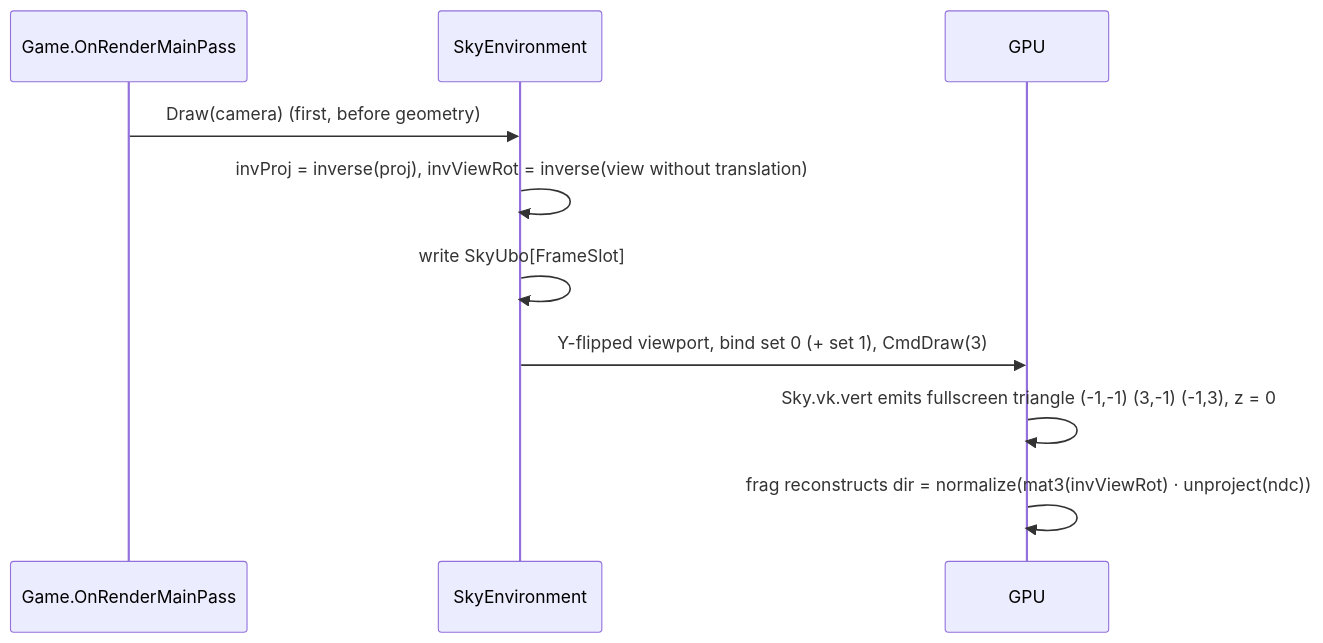
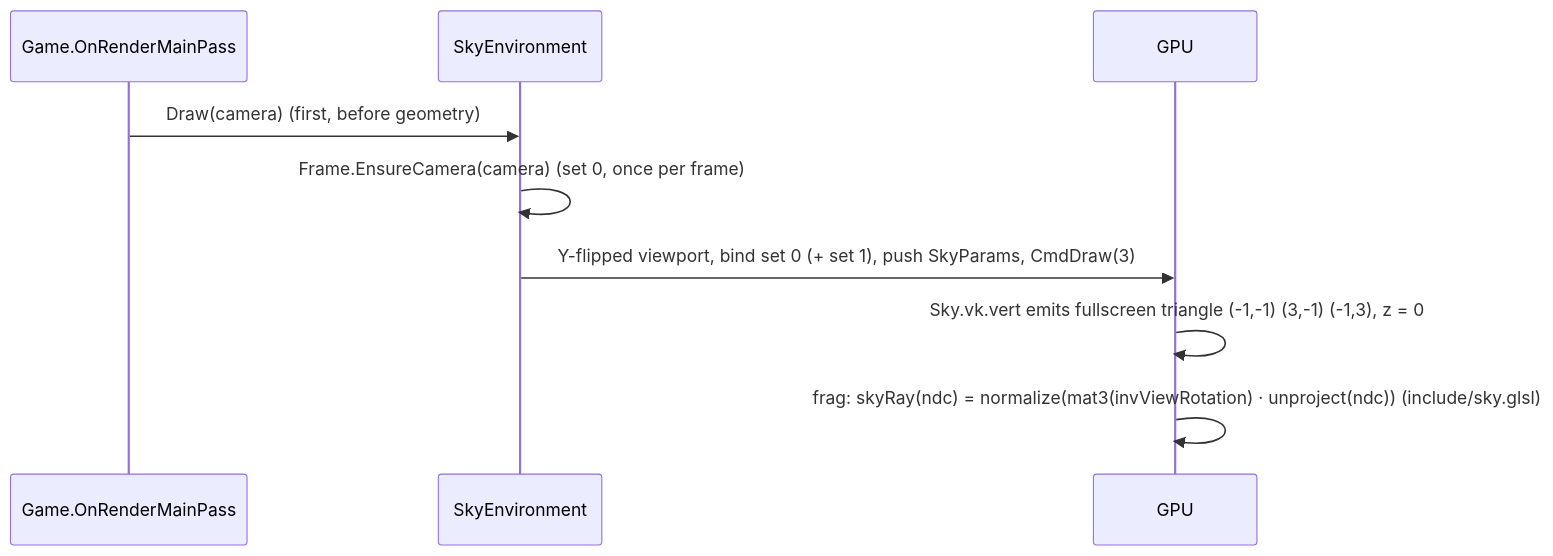
Before and after one commit to Mainframe-Games/mainframe-engine: the diagram in docs/design/sky.md, drawn with Mermaid. The commit also changed other lines of this file and 32 other files, not shown here.

````diff
--- a/docs/design/sky.md
+++ b/docs/design/sky.md
@@ -58,12 +59,11 @@
 ```mermaid
 sequenceDiagram
     participant G as Game.OnRenderMainPass
     participant S as SkyEnvironment
     participant GPU
     G->>S: Draw(camera)  (first, before geometry)
-    S->>S: invProj = inverse(proj), invViewRot = inverse(view without translation)
-    S->>S: write SkyUbo[FrameSlot]
-    S->>GPU: Y-flipped viewport, bind set 0 (+ set 1), CmdDraw(3)
+    S->>S: Frame.EnsureCamera(camera) (set 0, once per frame)
+    S->>GPU: Y-flipped viewport, bind set 0 (+ set 1), push SkyParams, CmdDraw(3)
     GPU->>GPU: Sky.vk.vert emits fullscreen triangle (-1,-1) (3,-1) (-1,3), z = 0
-    GPU->>GPU: frag reconstructs dir = normalize(mat3(invViewRot) · unproject(ndc))
+    GPU->>GPU: frag: skyRay(ndc) = normalize(mat3(invViewRotation) · unproject(ndc)) (include/sky.glsl)
 ```
````
